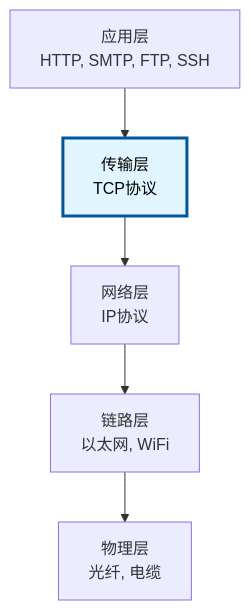
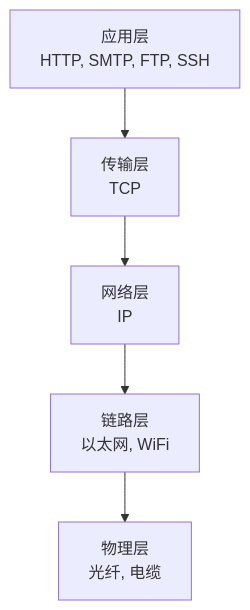
One commit to Dtheme/CS-base changed the first of 6 diagrams in 计算机网络/3.4传输层：TCP协议基础.md. Above: the diagram before and after it, drawn with Mermaid. The commit also changed other lines of this file and 51 other files, not shown here.

````diff
--- a/计算机网络/3.4传输层：TCP协议基础.md
+++ b/计算机网络/3.4传输层：TCP协议基础.md
@@ -50,9 +50,7 @@
 ```mermaid
 graph TD
-    A[应用层<br/>HTTP, SMTP, FTP, SSH] --> B[传输层<br/>TCP协议]
-    B --> C[网络层<br/>IP协议]
+    A[应用层<br/>HTTP, SMTP, FTP, SSH] --> B[传输层<br/>TCP]
+    B --> C[网络层<br/>IP]
     C --> D[链路层<br/>以太网, WiFi]
     D --> E[物理层<br/>光纤, 电缆]
-    
-    style B fill:#e1f5fe,stroke:#01579b,stroke-width:3px,color:#000000
 ```
````
